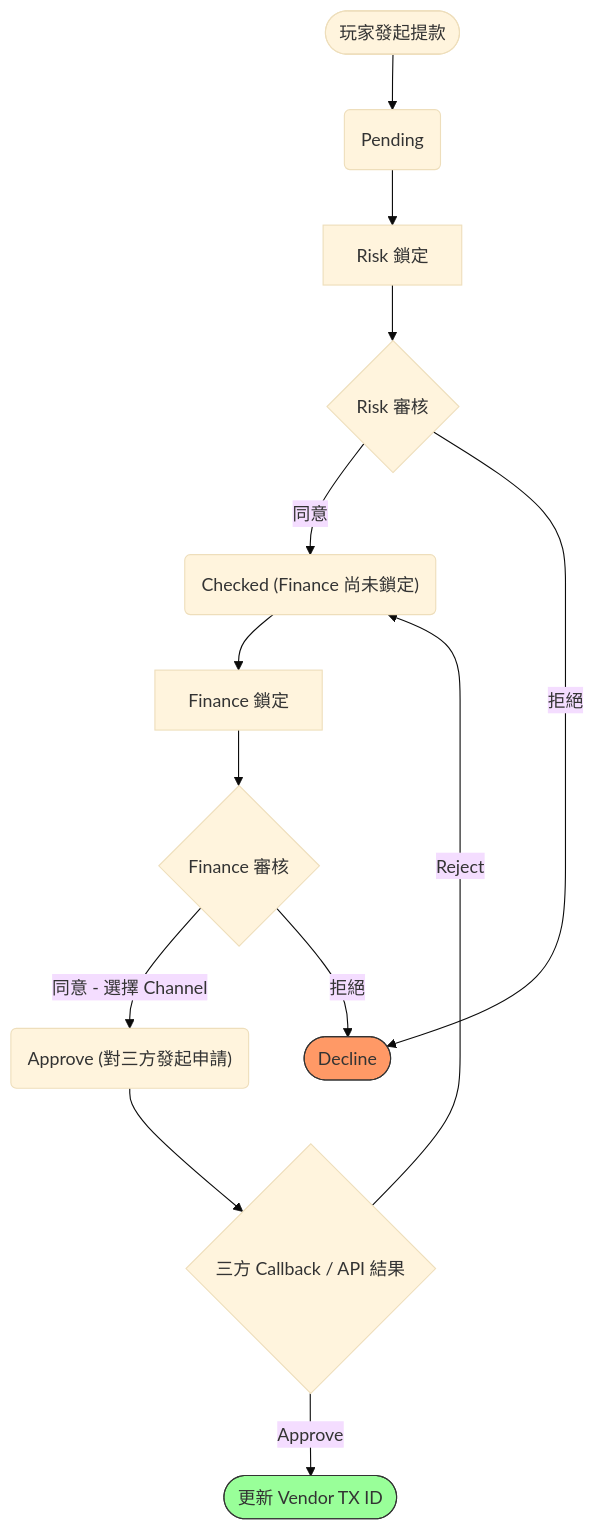
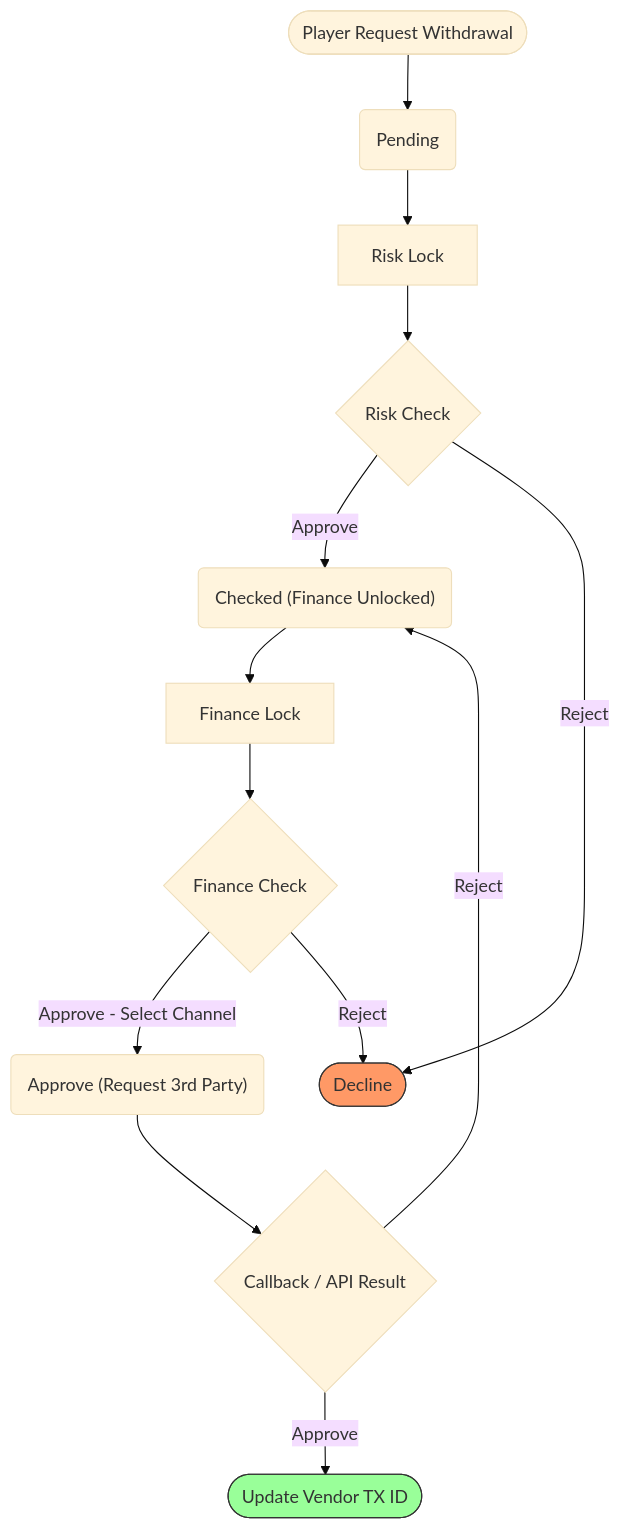
The first of 2 diagrams in no99_archive/sitflowchart.md (almightyken0425/SuSuGiGiSpec), drawn with Mermaid (base theme) before and after one commit. The commit also changed other lines of this file, not shown here.

````diff
--- a/no99_archive/sitflowchart.md
+++ b/no99_archive/sitflowchart.md
@@ -29,36 +29,36 @@
 ```mermaid
 graph TD
     %% 節點定義
-    Start(["玩家發起提款"])
+    Start(["Player Request Withdrawal"])
     Pending("Pending")
-    RiskLock["Risk 鎖定"]
-    RiskAction{"Risk 審核"}
-    Checked("Checked (Finance 尚未鎖定)")
-    FinanceLock["Finance 鎖定"]
-    FinanceAction{"Finance 審核"}
-    ApproveReq("Approve (對三方發起申請)")
+    RiskLock["Risk Lock"]
+    RiskAction{"Risk Check"}
+    Checked("Checked (Finance Unlocked)")
+    FinanceLock["Finance Lock"]
+    FinanceAction{"Finance Check"}
+    ApproveReq("Approve (Request 3rd Party)")
     Decline(["Decline"])
-    Success(["更新 Vendor TX ID"])
-    Callback{"三方 Callback / API 結果"}
+    Success(["Update Vendor TX ID"])
+    Callback{"Callback / API Result"}
 
     Start --> Pending
     Pending --> RiskLock
     RiskLock --> RiskAction
     
-    RiskAction -->|"同意"| Checked
+    RiskAction -->|"Approve"| Checked
     Checked --> FinanceLock
     FinanceLock --> FinanceAction
     
-    FinanceAction -->|"同意 - 選擇 Channel"| ApproveReq
+    FinanceAction -->|"Approve - Select Channel"| ApproveReq
 
-    RiskAction -->|"拒絕"| Decline
-    FinanceAction -->|"拒絕"| Decline
+    RiskAction -->|"Reject"| Decline
+    FinanceAction -->|"Reject"| Decline
     
     ApproveReq --> Callback
 
     Callback -->|"Approve"| Success
     Callback -->|"Reject"| Checked
 
     style Decline fill:#f96,stroke:#333
     style Success fill:#9f9,stroke:#333
 ```
````
